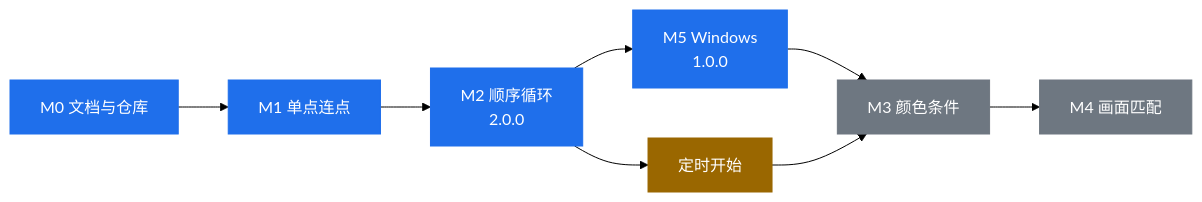
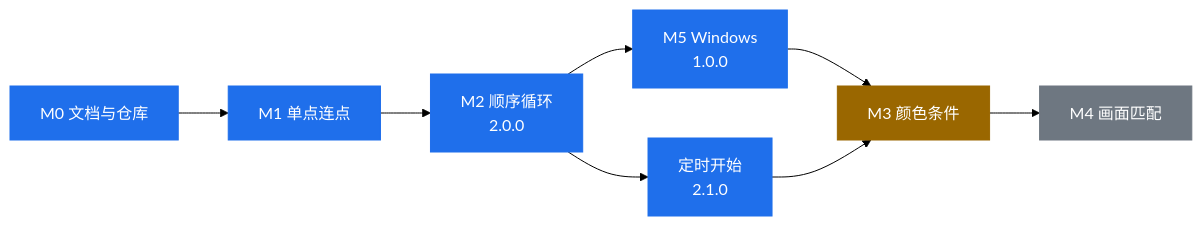
One commit to Armstrong2015/floatap changed the third of 4 diagrams in README.md. Above: the diagram before and after it, drawn with Mermaid (forest theme). The commit also changed other lines of this file and 11 other files, not shown here.

````diff
--- a/README.md
+++ b/README.md
@@ -72,17 +73,17 @@
 ```mermaid
 flowchart LR
   M0["M0 文档与仓库"] --> M1["M1 单点连点"]
   M1 --> M2["M2 顺序循环<br/>2.0.0"]
   M2 --> M5["M5 Windows<br/>1.0.0"]
-  M2 --> M2b["定时开始"]
+  M2 --> M2b["定时开始<br/>2.1.0"]
   M5 --> M3["M3 颜色条件"]
   M2b --> M3
   M3 --> M4["M4 画面匹配"]
 
   classDef done fill:#1f6feb,stroke:#1f6feb,color:#ffffff
   classDef next fill:#9a6700,stroke:#9a6700,color:#ffffff
   classDef later fill:#6e7781,stroke:#6e7781,color:#ffffff
-  class M0,M1,M2,M5 done
-  class M2b next
-  class M3,M4 later
+  class M0,M1,M2,M2b,M5 done
+  class M3 next
+  class M4 later
 ```
````
